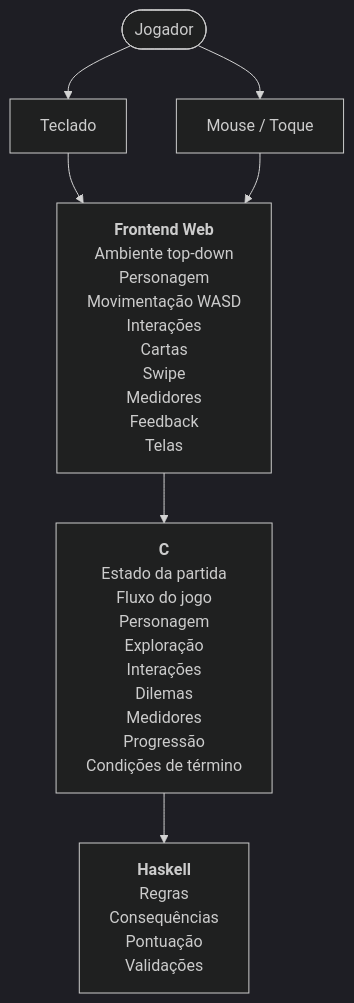
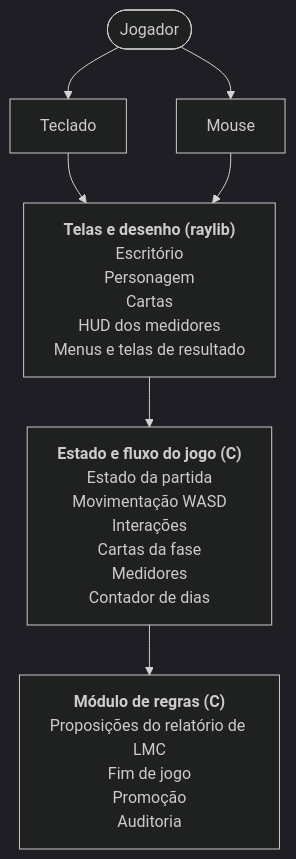
One commit to cms7-bot/else changed the fourth of 8 diagrams in Documentação/requisitos-modelagem-arquitetura.md. Above: the diagram before and after it, drawn with Mermaid (dark theme). The commit also changed other lines of this file and 4 other files, not shown here.

Commit message:
docs: remove Haskell da documentação (arquitetura só em C + raylib)

````diff
--- a/Documentação/requisitos-modelagem-arquitetura.md
+++ b/Documentação/requisitos-modelagem-arquitetura.md
@@ -344,15 +346,15 @@
 ```mermaid
 flowchart TD
 Jogador(["Jogador"])
 Jogador --> Teclado["Teclado"]
-Jogador --> Mouse["Mouse / Toque"]
+Jogador --> Mouse["Mouse"]
 
-Teclado --> FE
-Mouse --> FE
+Teclado --> R
+Mouse --> R
 
-FE["<b>Frontend Web</b><br/>Ambiente top-down<br/>Personagem<br/>Movimentação WASD<br/>Interações<br/>Cartas<br/>Swipe<br/>Medidores<br/>Feedback<br/>Telas"]
+R["<b>Telas e desenho (raylib)</b><br/>Escritório<br/>Personagem<br/>Cartas<br/>HUD dos medidores<br/>Menus e telas de resultado"]
 
-FE --> C["<b>C</b><br/>Estado da partida<br/>Fluxo do jogo<br/>Personagem<br/>Exploração<br/>Interações<br/>Dilemas<br/>Medidores<br/>Progressão<br/>Condições de término"]
+R --> C["<b>Estado e fluxo do jogo (C)</b><br/>Estado da partida<br/>Movimentação WASD<br/>Interações<br/>Cartas da fase<br/>Medidores<br/>Contador de dias"]
 
-C --> H["<b>Haskell</b><br/>Regras<br/>Consequências<br/>Pontuação<br/>Validações"]
+C --> M["<b>Módulo de regras (C)</b><br/>Proposições do relatório de LMC<br/>Fim de jogo<br/>Promoção<br/>Auditoria"]
 ```
````
